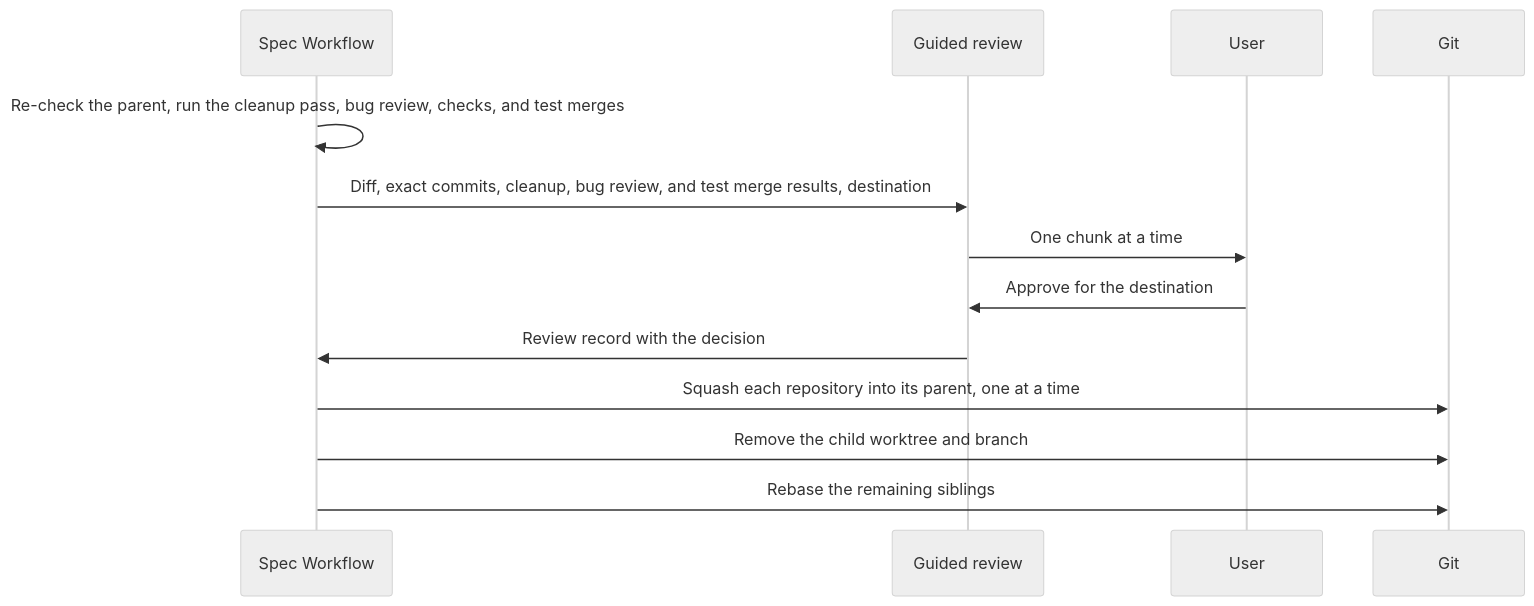
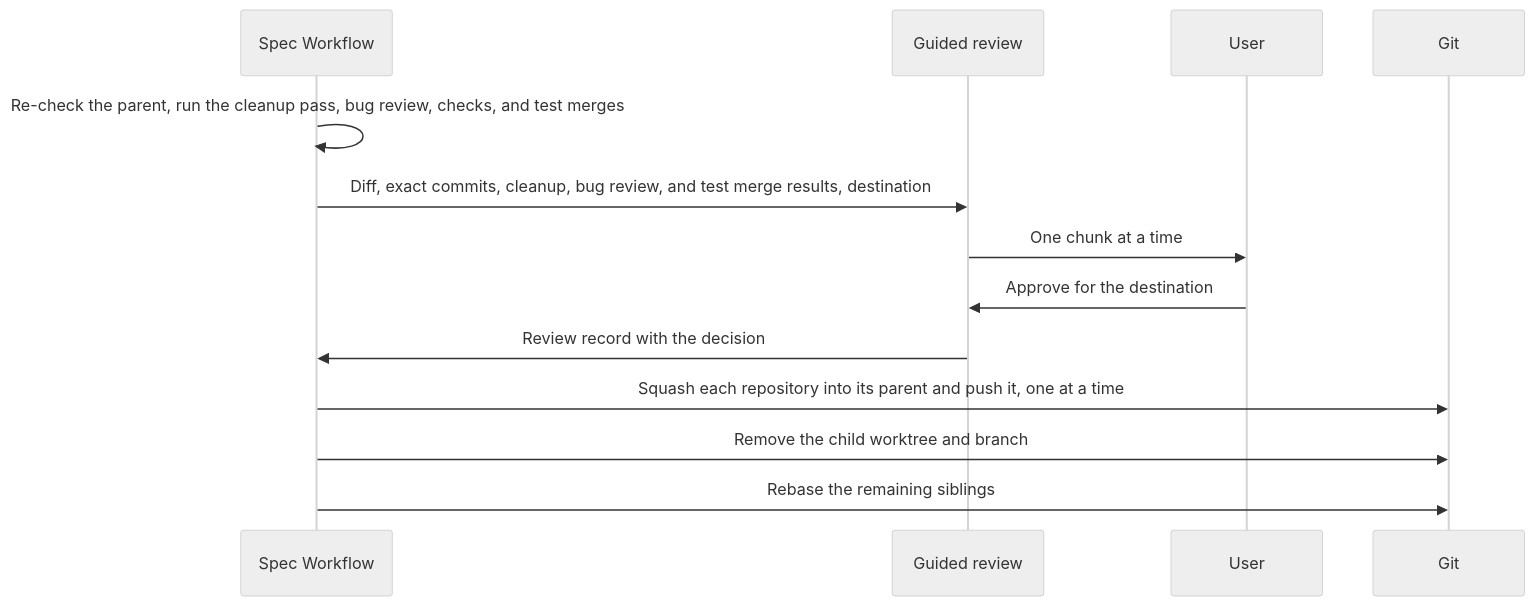
The seventh of 10 diagrams in skills/spec-workflow/SKILL.md (fsw0422/.ksp), drawn with Mermaid (neutral theme) before and after one commit. The commit also changed other lines of this file and 11 other files, not shown here.

````diff
--- a/skills/spec-workflow/SKILL.md
+++ b/skills/spec-workflow/SKILL.md
@@ -326,15 +326,15 @@
 ```mermaid
 sequenceDiagram
     participant W as Spec Workflow
     participant R as Guided review
     participant U as User
     participant G as Git
     W->>W: Re-check the parent, run the cleanup pass, bug review, checks, and test merges
     W->>R: Diff, exact commits, cleanup, bug review, and test merge results, destination
     R->>U: One chunk at a time
     U->>R: Approve for the destination
     R->>W: Review record with the decision
-    W->>G: Squash each repository into its parent, one at a time
+    W->>G: Squash each repository into its parent and push it, one at a time
     W->>G: Remove the child worktree and branch
     W->>G: Rebase the remaining siblings
 ```
````
